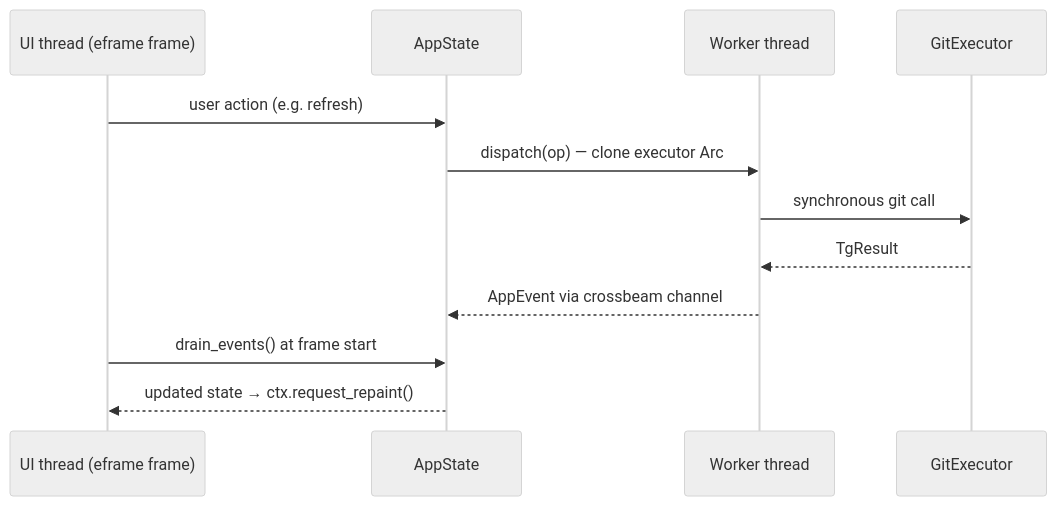
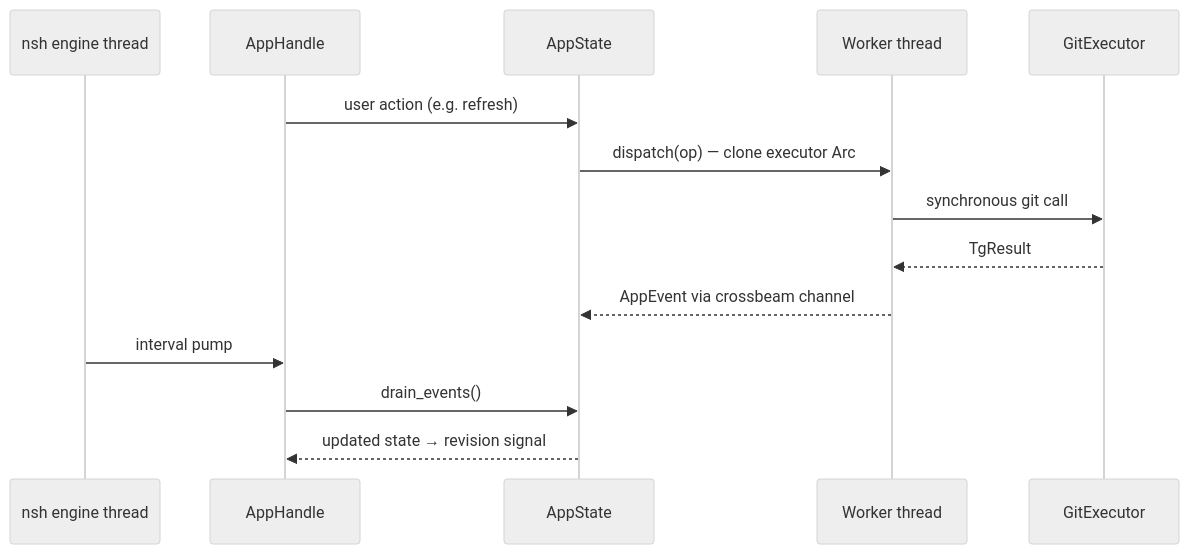
Before and after one commit to strawberry-choco/turbogit: the second of 2 diagrams in docs/architecture.md, drawn with Mermaid (neutral theme). The commit also changed other lines of this file and 5 other files, not shown here.

````diff
--- a/docs/architecture.md
+++ b/docs/architecture.md
@@ -269,15 +196,17 @@
 ```mermaid
 sequenceDiagram
-    participant UI as UI thread (eframe frame)
+    participant ENG as nsh engine thread
+    participant UI as AppHandle
     participant ST as AppState
     participant W as Worker thread
     participant E as GitExecutor
 
     UI->>ST: user action (e.g. refresh)
     ST->>W: dispatch(op) — clone executor Arc
     W->>E: synchronous git call
     E-->>W: TgResult
     W-->>ST: AppEvent via crossbeam channel
-    UI->>ST: drain_events() at frame start
-    ST-->>UI: updated state → ctx.request_repaint()
+    ENG->>UI: interval pump
+    UI->>ST: drain_events()
+    ST-->>UI: updated state → revision signal
 ```
````
